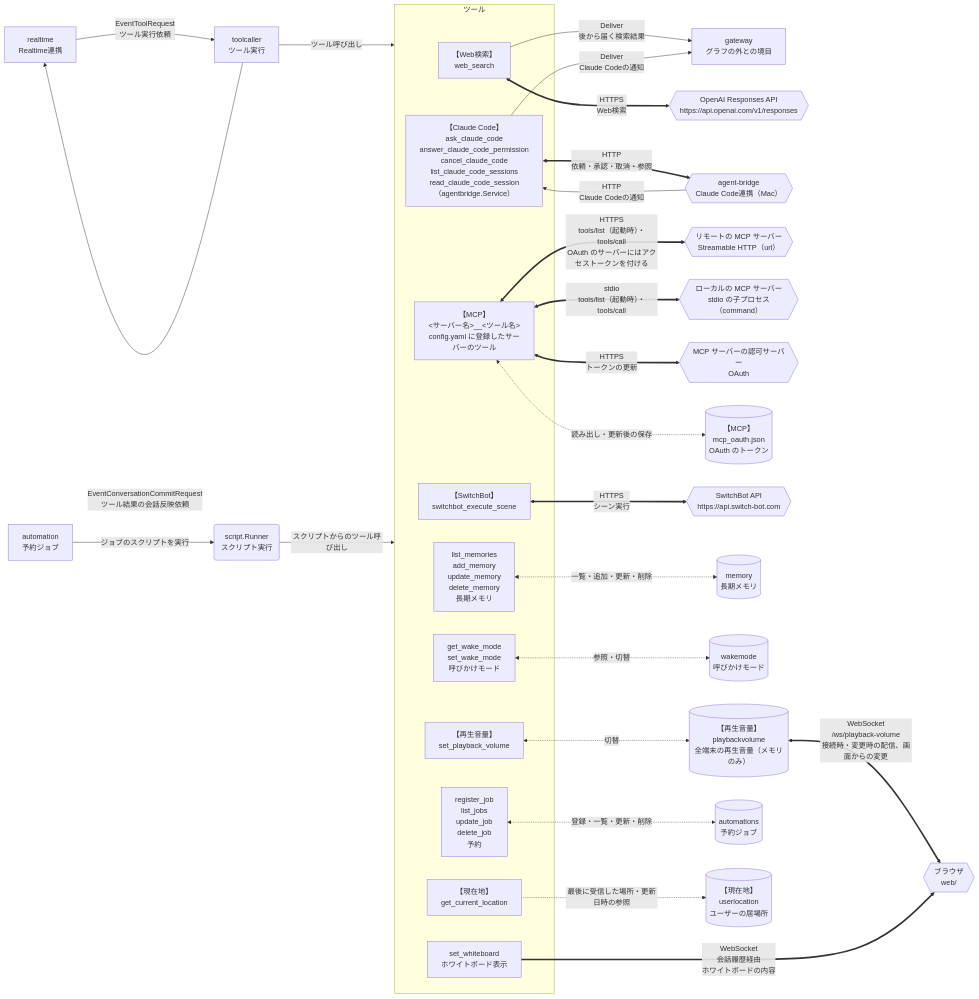
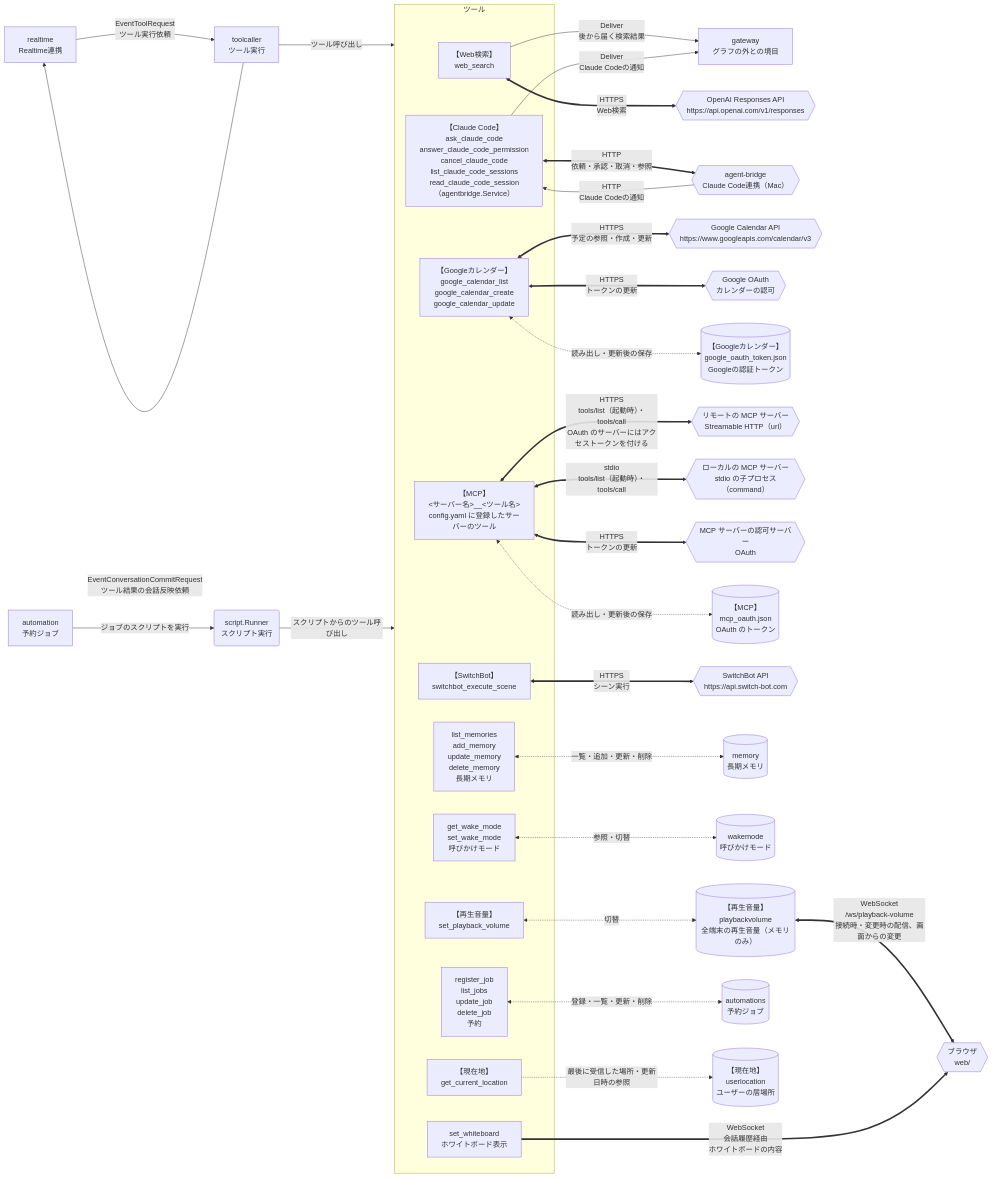
One commit to tetetratra/smart-speaker changed the third of 5 diagrams in README.md. Above: the diagram before and after it, drawn with Mermaid. The commit also changed other lines of this file and 22 other files, not shown here.

````diff
--- a/README.md
+++ b/README.md
@@ -172,60 +172,67 @@
 ```mermaid
 flowchart LR
     rt["realtime<br/>Realtime連携"]
     tool["toolcaller<br/>ツール実行"]
     scheduler["automation<br/>予約ジョブ"]
     runner("script.Runner<br/>スクリプト実行")
     gateway["gateway<br/>グラフの外との境目"]
 
     subgraph toolset["ツール"]
         webSearchTool["【Web検索】<br/>web_search"]
         claudeCodeTool["【Claude Code】<br/>ask_claude_code<br/>answer_claude_code_permission<br/>cancel_claude_code<br/>list_claude_code_sessions<br/>read_claude_code_session<br/>（agentbridge.Service）"]
+        calendarTool["【Googleカレンダー】<br/>google_calendar_list<br/>google_calendar_create<br/>google_calendar_update"]
         mcpTool["【MCP】<br/>&lt;サーバー名&gt;__&lt;ツール名&gt;<br/>config.yaml に登録したサーバーのツール"]
         switchBotTool["【SwitchBot】<br/>switchbot_execute_scene"]
         memoryTool["list_memories<br/>add_memory<br/>update_memory<br/>delete_memory<br/>長期メモリ"]
         wakeModeTool["get_wake_mode<br/>set_wake_mode<br/>呼びかけモード"]
         volumeTool["【再生音量】<br/>set_playback_volume"]
         automationTool["register_job<br/>list_jobs<br/>update_job<br/>delete_job<br/>予約"]
         whiteboardTool["set_whiteboard<br/>ホワイトボード表示"]
         locationTool["【現在地】<br/>get_current_location"]
     end
 
 
     openaiResponses{{"OpenAI Responses API<br/>https://api.openai.com/v1/responses"}}
     agentBridge{{"agent-bridge<br/>Claude Code連携（Mac）"}}
+    googleCalendar{{"Google Calendar API<br/>https://www.googleapis.com/calendar/v3"}}
+    googleOAuth{{"Google OAuth<br/>カレンダーの認可"}}
+    googleTokenStore[("【Googleカレンダー】<br/>google_oauth_token.json<br/>Googleの認証トークン")]
     mcpRemote{{"リモートの MCP サーバー<br/>Streamable HTTP（url）"}}
     mcpLocal{{"ローカルの MCP サーバー<br/>stdio の子プロセス（command）"}}
     mcpAuthServer{{"MCP サーバーの認可サーバー<br/>OAuth"}}
     mcpTokenStore[("【MCP】<br/>mcp_oauth.json<br/>OAuth のトークン")]
     switchBot{{"SwitchBot API<br/>https://api.switch-bot.com"}}
     memoryStore[("memory<br/>長期メモリ")]
     wakeModeStore[("wakemode<br/>呼びかけモード")]
     volumeStore[("【再生音量】<br/>playbackvolume<br/>全端末の再生音量（メモリのみ）")]
     automationStore[("automations<br/>予約ジョブ")]
     locationStore[("【現在地】<br/>userlocation<br/>ユーザーの居場所")]
     browser{{"ブラウザ<br/>web/"}}
 
     rt -->|"EventToolRequest<br/>ツール実行依頼"| tool
     tool -->|"EventConversationCommitRequest<br/>ツール結果の会話反映依頼"| rt
     tool -->|"ツール呼び出し"| toolset
     scheduler -->|"ジョブのスクリプトを実行"| runner
     runner -->|"スクリプトからのツール呼び出し"| toolset
 
     webSearchTool <==>|"HTTPS<br/>Web検索"| openaiResponses
     webSearchTool -->|"Deliver<br/>後から届く検索結果"| gateway
     claudeCodeTool <==>|"HTTP<br/>依頼・承認・取消・参照"| agentBridge
     agentBridge -->|"HTTP<br/>Claude Codeの通知"| claudeCodeTool
     claudeCodeTool -->|"Deliver<br/>Claude Codeの通知"| gateway
+    calendarTool <==>|"HTTPS<br/>予定の参照・作成・更新"| googleCalendar
+    calendarTool <-.->|"読み出し・更新後の保存"| googleTokenStore
+    calendarTool <==>|"HTTPS<br/>トークンの更新"| googleOAuth
     mcpTool <==>|"HTTPS<br/>tools/list（起動時）・tools/call<br/>OAuth のサーバーにはアクセストークンを付ける"| mcpRemote
     mcpTool <==>|"stdio<br/>tools/list（起動時）・tools/call"| mcpLocal
     mcpTool <==>|"HTTPS<br/>トークンの更新"| mcpAuthServer
     mcpTool <-.->|"読み出し・更新後の保存"| mcpTokenStore
     switchBotTool <==>|"HTTPS<br/>シーン実行"| switchBot
     memoryTool <-.->|"一覧・追加・更新・削除"| memoryStore
     wakeModeTool <-.->|"参照・切替"| wakeModeStore
     volumeTool <-.->|"切替"| volumeStore
     volumeStore <==>|"WebSocket<br/>/ws/playback-volume<br/>接続時・変更時の配信、画面からの変更"| browser
     automationTool <-.->|"登録・一覧・更新・削除"| automationStore
     locationTool -.->|"最後に受信した場所・更新日時の参照"| locationStore
     whiteboardTool ==>|"WebSocket<br/>会話履歴経由<br/>ホワイトボードの内容"| browser
 ```
````
